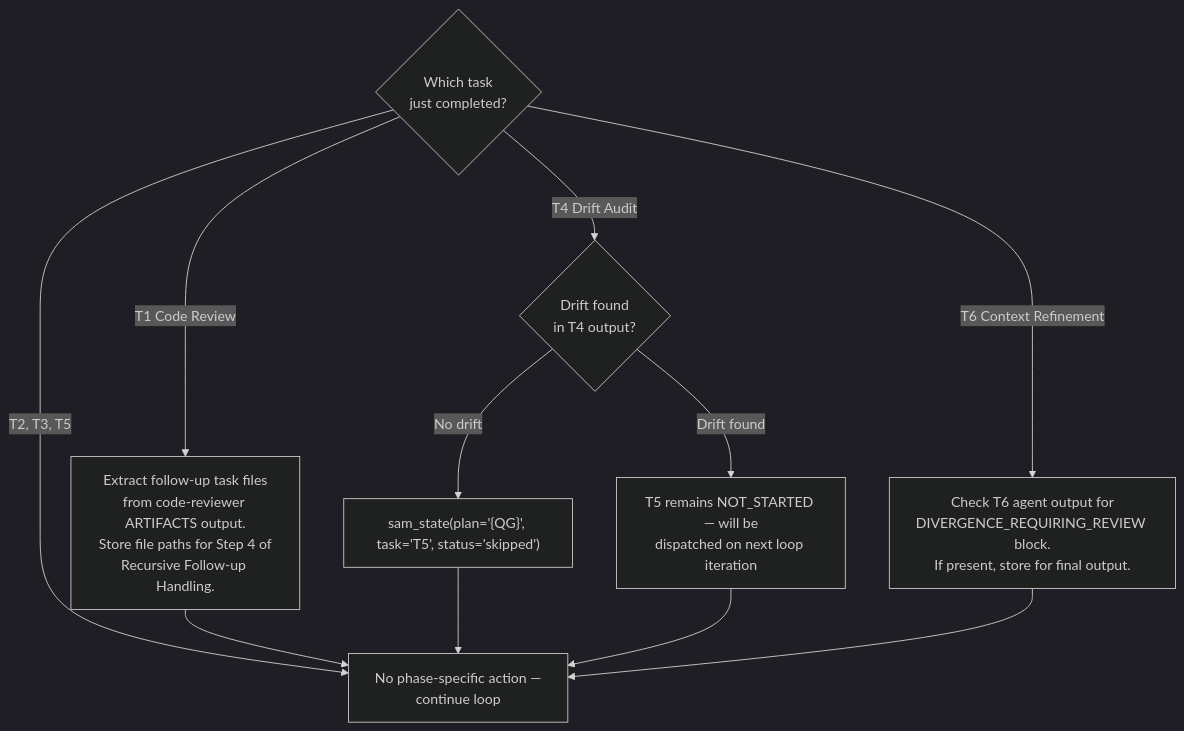
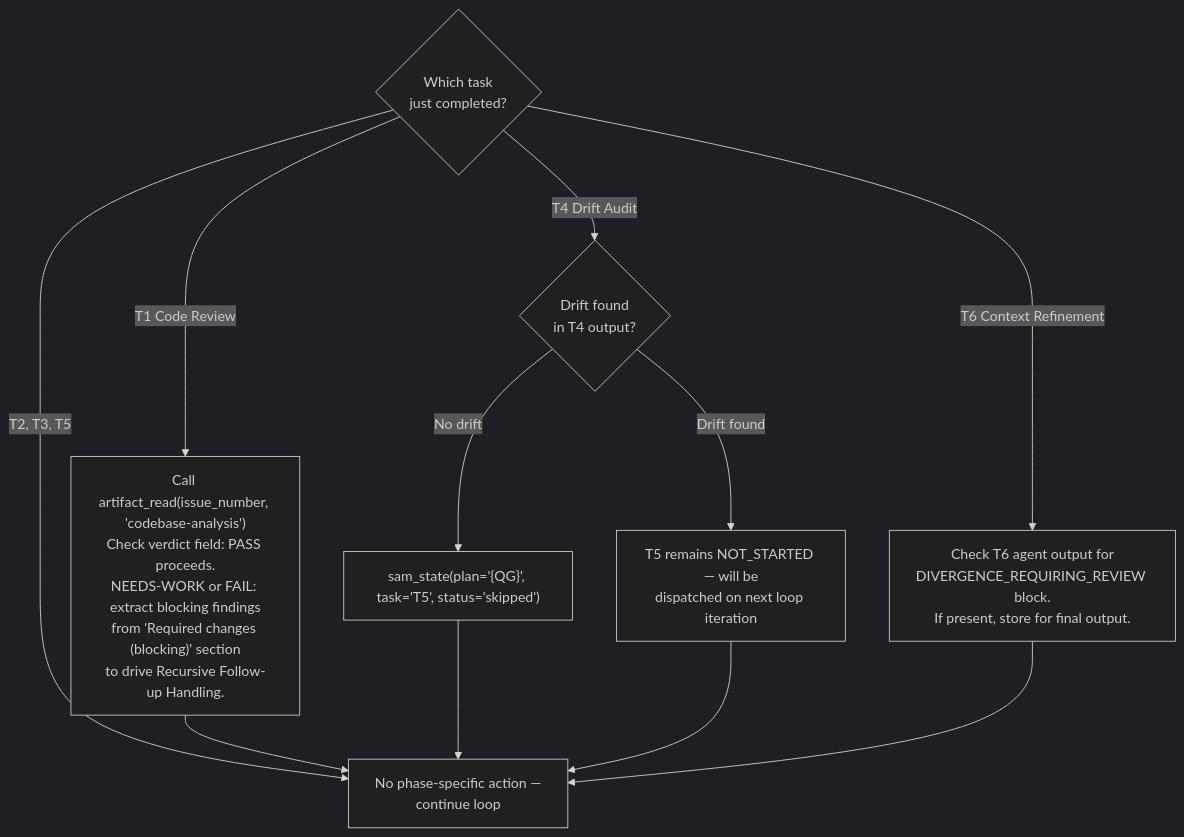
Before and after one commit to chgreer1070/claude_skills: the seventh of 10 diagrams in plugins/development-harness/skills/complete-implementation/SKILL.md, drawn with Mermaid (dark theme). The commit also changed other lines of this file and 5 other files, not shown here.

First line of the commit message:
feat(dh): wire dh:code-reviewer into pipeline — replaces python3-development:code-reviewer

````diff
--- a/plugins/development-harness/skills/complete-implementation/SKILL.md
+++ b/plugins/development-harness/skills/complete-implementation/SKILL.md
@@ -497,14 +497,14 @@
 ```mermaid
 flowchart TD
     Done{Which task<br>just completed?}
-    Done -->|T1 Code Review| T1Post["Extract follow-up task files<br>from code-reviewer ARTIFACTS output.<br>Store file paths for Step 4 of<br>Recursive Follow-up Handling."]
+    Done -->|T1 Code Review| T1Post["Call artifact_read(issue_number, 'codebase-analysis')<br>Check verdict field: PASS proceeds.<br>NEEDS-WORK or FAIL: extract blocking findings<br>from 'Required changes (blocking)' section<br>to drive Recursive Follow-up Handling."]
     Done -->|T4 Drift Audit| T4Post{Drift found<br>in T4 output?}
     T4Post -->|No drift| SkipT5["sam_state(plan='{QG}', task='T5', status='skipped')"]
     T4Post -->|Drift found| T5Ready["T5 remains NOT_STARTED — will be<br>dispatched on next loop iteration"]
     Done -->|T6 Context Refinement| T6Post["Check T6 agent output for<br>DIVERGENCE_REQUIRING_REVIEW block.<br>If present, store for final output."]
     Done -->|T2, T3, T5| Continue["No phase-specific action —<br>continue loop"]
     T1Post --> Continue
     SkipT5 --> Continue
     T5Ready --> Continue
     T6Post --> Continue
 ```
````
